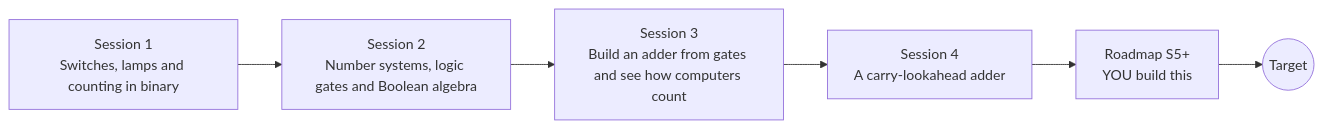
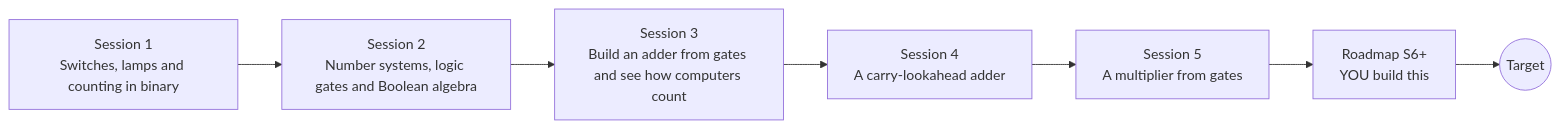
One commit to KrunalPanchal1995/openbinary changed the diagram in README.md. Above: the diagram before and after it, drawn with Mermaid. The commit also changed other lines of this file and 19 other files, not shown here.

First line of the commit message:
Add Session 5: a multiplier from gates

````diff
--- a/README.md
+++ b/README.md
@@ -88,10 +89,11 @@
 ```mermaid
 flowchart LR
   S1[Session 1<br/>Switches, lamps and counting in binary]
   S2[Session 2<br/>Number systems, logic gates and Boolean algebra]
   S3[Session 3<br/>Build an adder from gates and see how computers count]
   S4[Session 4<br/>A carry-lookahead adder]
-  R[Roadmap S5+<br/>YOU build this]
+  S5[Session 5<br/>A multiplier from gates]
+  R[Roadmap S6+<br/>YOU build this]
   T((Target))
-  S1 --> S2 --> S3 --> S4 --> R --> T
+  S1 --> S2 --> S3 --> S4 --> S5 --> R --> T
 ```
````
